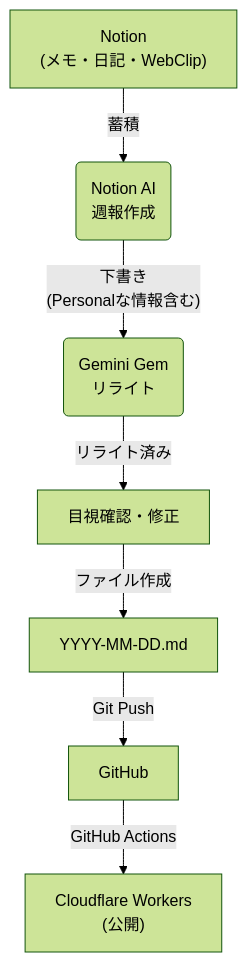
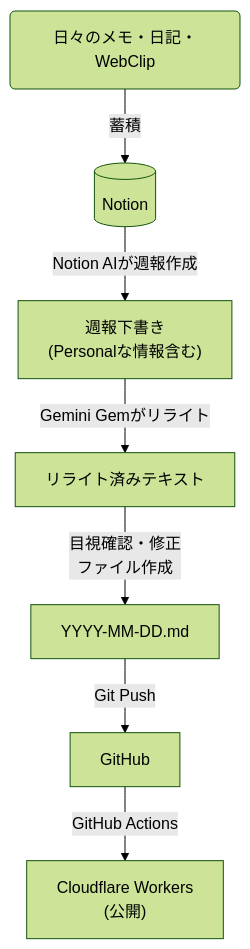
One commit to milkmaccya2/mm2-blog changed the diagram in README.md. Above: the diagram before and after it, drawn with Mermaid (forest theme). The commit also changed 2 other files, not shown here.

Commit message:
Refactor mermaid diagram to use action-arrow/artifact-box style

````diff
--- a/README.md
+++ b/README.md
@@ -20,9 +20,9 @@
 ```mermaid
 graph TD
-    A["Notion<br/>(メモ・日記・WebClip)"] -->|蓄積| B("Notion AI<br/>週報作成")
-    B -->|"下書き<br/>(Personalな情報含む)"| C("Gemini Gem<br/>リライト")
-    C -->|リライト済み| D[目視確認・修正]
-    D -->|ファイル作成| E["YYYY-MM-DD.md"]
-    E -->|Git Push| F[GitHub]
-    F -->|GitHub Actions| G["Cloudflare Workers<br/>(公開)"]
+    Input(日々のメモ・日記・WebClip) -->|蓄積| Notion[(Notion)]
+    Notion -->|Notion AIが週報作成| Draft["週報下書き<br/>(Personalな情報含む)"]
+    Draft -->|Gemini Gemがリライト| Rewritten[リライト済みテキスト]
+    Rewritten -->|"目視確認・修正<br/>ファイル作成"| File["YYYY-MM-DD.md"]
+    File -->|Git Push| GH[GitHub]
+    GH -->|GitHub Actions| CF["Cloudflare Workers<br/>(公開)"]
 ```
````
